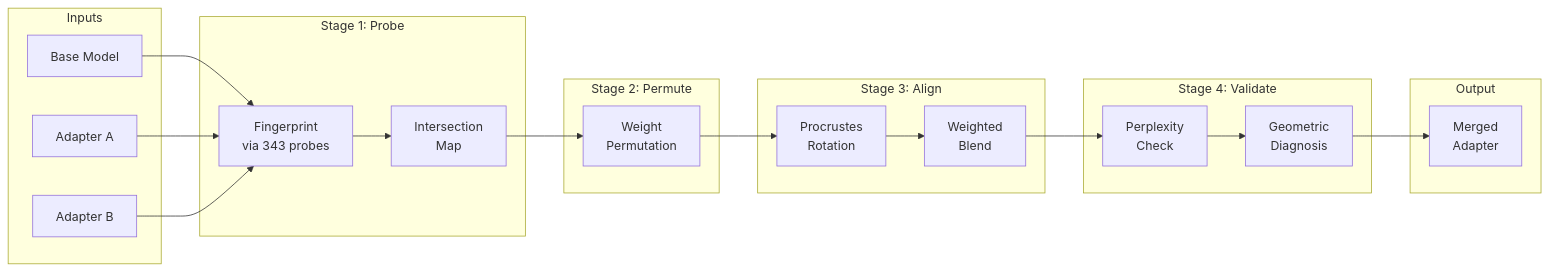
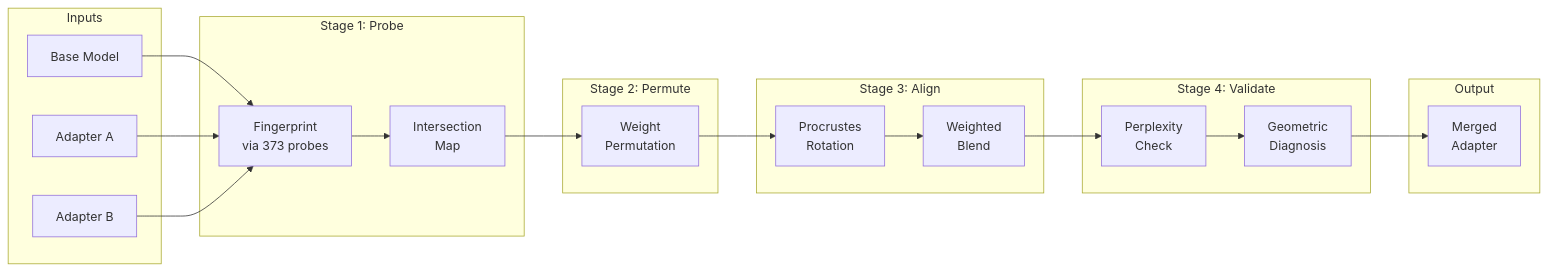
One commit to Ethyros-AI/ModelCypher changed the fourth of 4 diagrams in docs/ARCHITECTURE.md. Above: the diagram before and after it, drawn with Mermaid. The commit also changed other lines of this file and 6 other files, not shown here.

````diff
--- a/docs/ARCHITECTURE.md
+++ b/docs/ARCHITECTURE.md
@@ -211,43 +211,43 @@
 ```mermaid
 flowchart LR
     subgraph INPUT["Inputs"]
         BASE["Base Model"]
         ADP1["Adapter A"]
         ADP2["Adapter B"]
     end
 
     subgraph STAGE1["Stage 1: Probe"]
-        FP["Fingerprint<br/>via 343 probes"]
+        FP["Fingerprint<br/>via 373 probes"]
         IM["Intersection<br/>Map"]
     end
 
     subgraph STAGE2["Stage 2: Permute"]
         PERM["Weight<br/>Permutation"]
     end
 
     subgraph STAGE3["Stage 3: Align"]
         ROT["Procrustes<br/>Rotation"]
         BLEND["Weighted<br/>Blend"]
     end
 
     subgraph STAGE4["Stage 4: Validate"]
         PPL["Perplexity<br/>Check"]
         DIAG["Geometric<br/>Diagnosis"]
     end
 
     subgraph OUTPUT["Output"]
         MERGED["Merged<br/>Adapter"]
     end
 
     BASE --> FP
     ADP1 --> FP
     ADP2 --> FP
 
     FP --> IM
     IM --> PERM
     PERM --> ROT
     ROT --> BLEND
     BLEND --> PPL
     PPL --> DIAG
     DIAG --> MERGED
 ```
````
